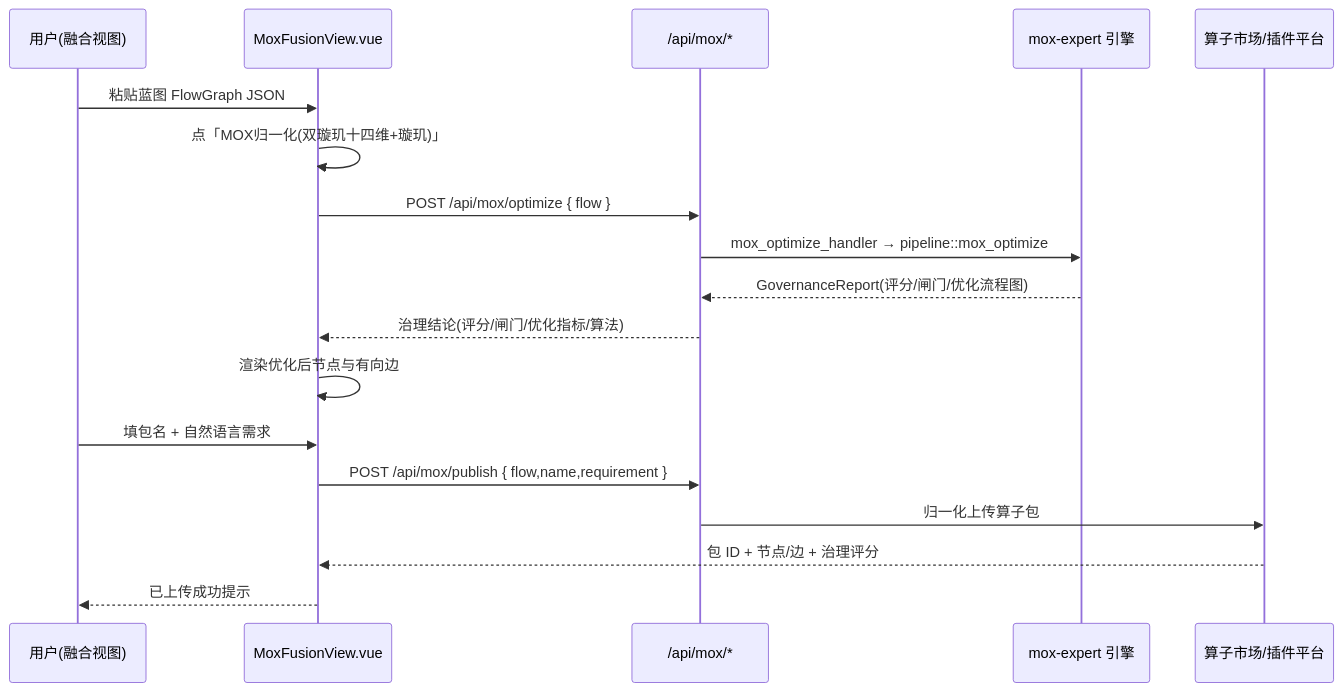
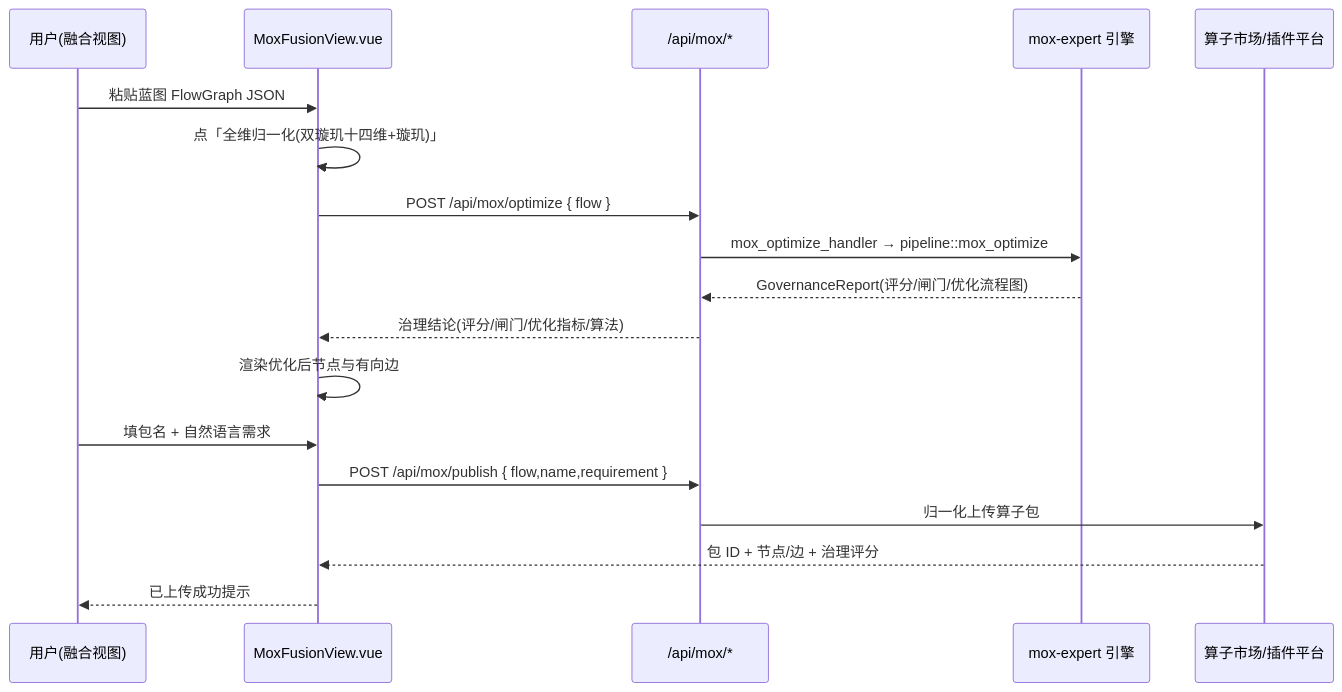
Before and after one commit to aikjx/mox: the second of 4 diagrams in docs/modules/mox-expert-alliance-fusion-flows.md, drawn with Mermaid. The commit also changed other lines of this file and 184 other files, not shown here.

````diff
--- a/docs/modules/mox-expert-alliance-fusion-flows.md
+++ b/docs/modules/mox-expert-alliance-fusion-flows.md
@@ -75,21 +75,21 @@
 ```mermaid
 sequenceDiagram
     participant U as 用户(融合视图)
     participant V as MoxFusionView.vue
     participant API as /api/mox/*
     participant EA as mox-expert 引擎
     participant M as 算子市场/插件平台
 
     U->>V: 粘贴蓝图 FlowGraph JSON
-    V->>V: 点「MOX归一化(双璇玑十四维+璇玑)」
+    V->>V: 点「全维归一化(双璇玑十四维+璇玑)」
     V->>API: POST /api/mox/optimize { flow }
     API->>EA: mox_optimize_handler → pipeline::mox_optimize
     EA-->>API: GovernanceReport(评分/闸门/优化流程图)
     API-->>V: 治理结论(评分/闸门/优化指标/算法)
     V->>V: 渲染优化后节点与有向边
     U->>V: 填包名 + 自然语言需求
     V->>API: POST /api/mox/publish { flow,name,requirement }
     API->>M: 归一化上传算子包
     M-->>V: 包 ID + 节点/边 + 治理评分
     V-->>U: 已上传成功提示
 ```
````
